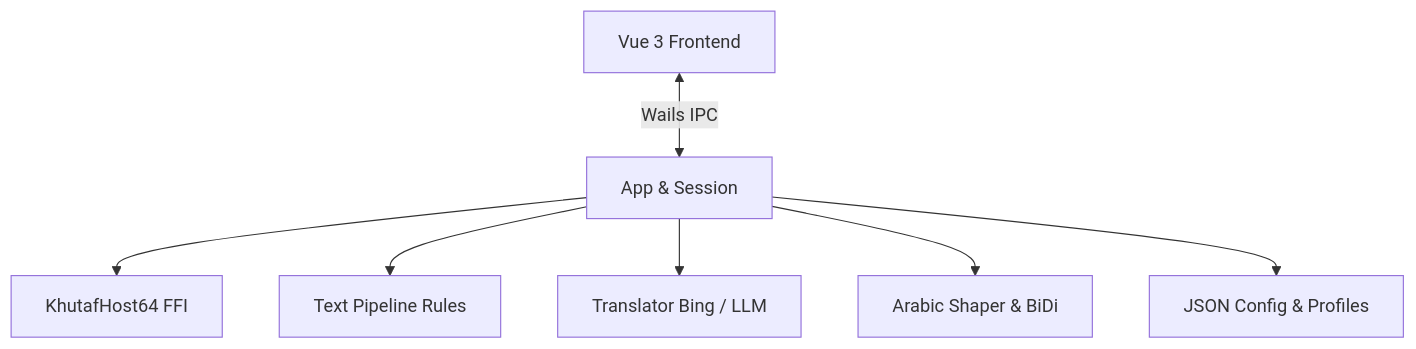
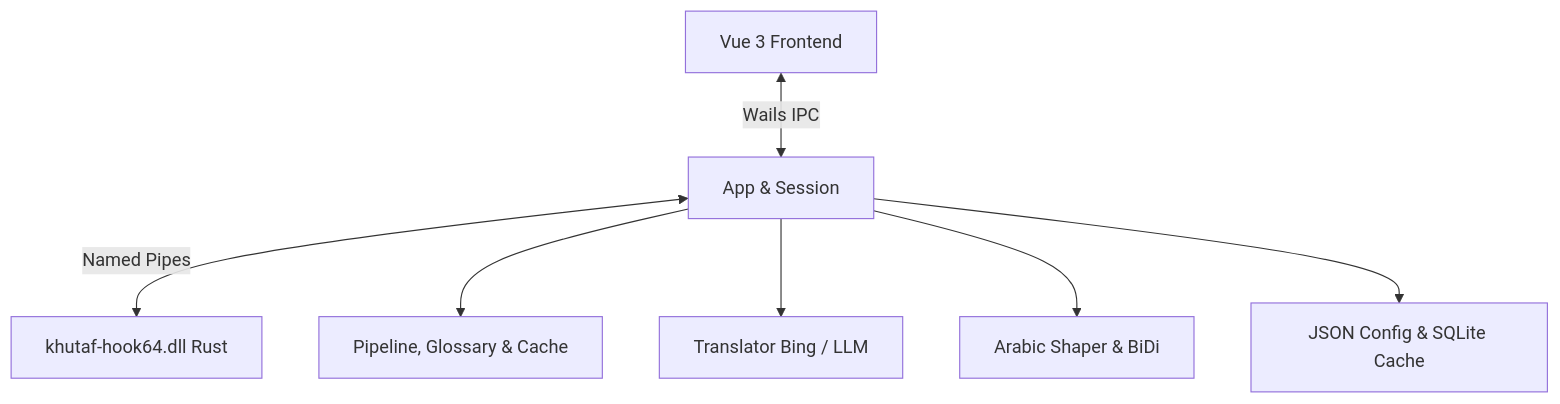
One commit to MohammadAboulEla/Khutaf changed the diagram in README.en.md. Above: the diagram before and after it, drawn with Mermaid. The commit also changed other lines of this file and 1 other file, not shown here.

````diff
--- a/README.en.md
+++ b/README.en.md
@@ -60,9 +66,9 @@
 ```mermaid
 graph TD
     A[Vue 3 Frontend] <-->|Wails IPC| B[App & Session]
-    B --> C[KhutafHost64 FFI]
-    B --> D[Text Pipeline Rules]
+    B <-->|Named Pipes| C[khutaf-hook64.dll Rust]
+    B --> D[Pipeline, Glossary & Cache]
     B --> E[Translator Bing / LLM]
     B --> F[Arabic Shaper & BiDi]
-    B --> G[JSON Config & Profiles]
+    B --> G[JSON Config & SQLite Cache]
 ```
````
